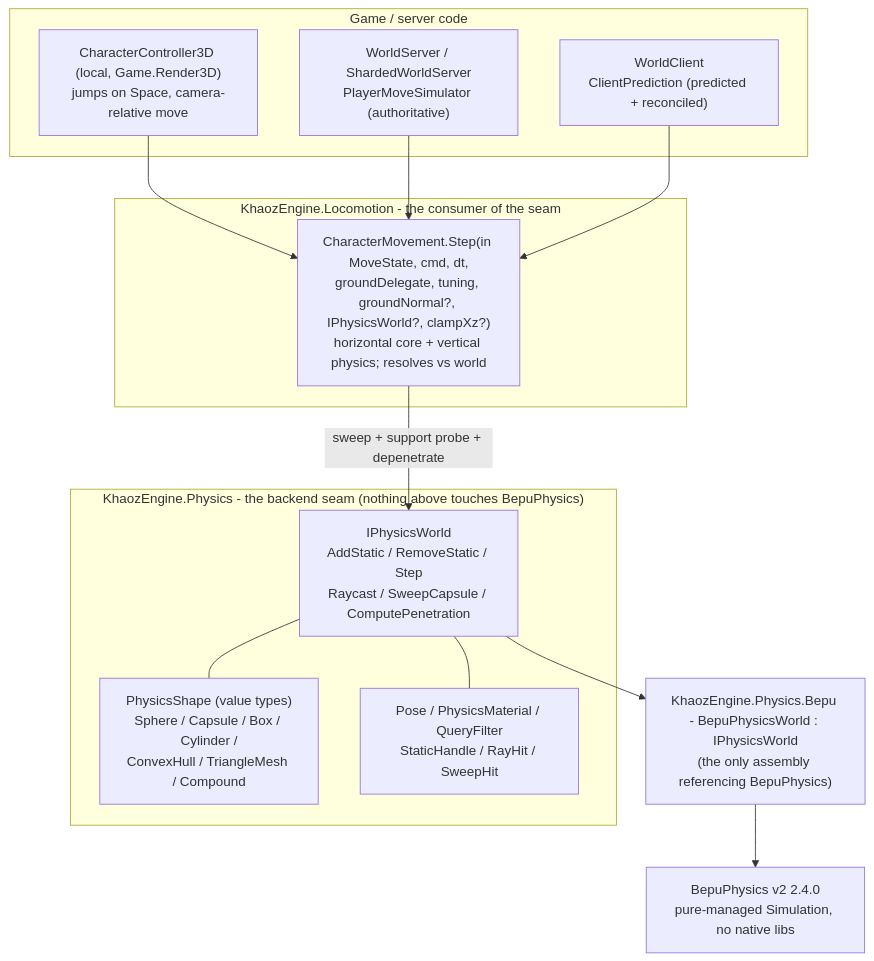
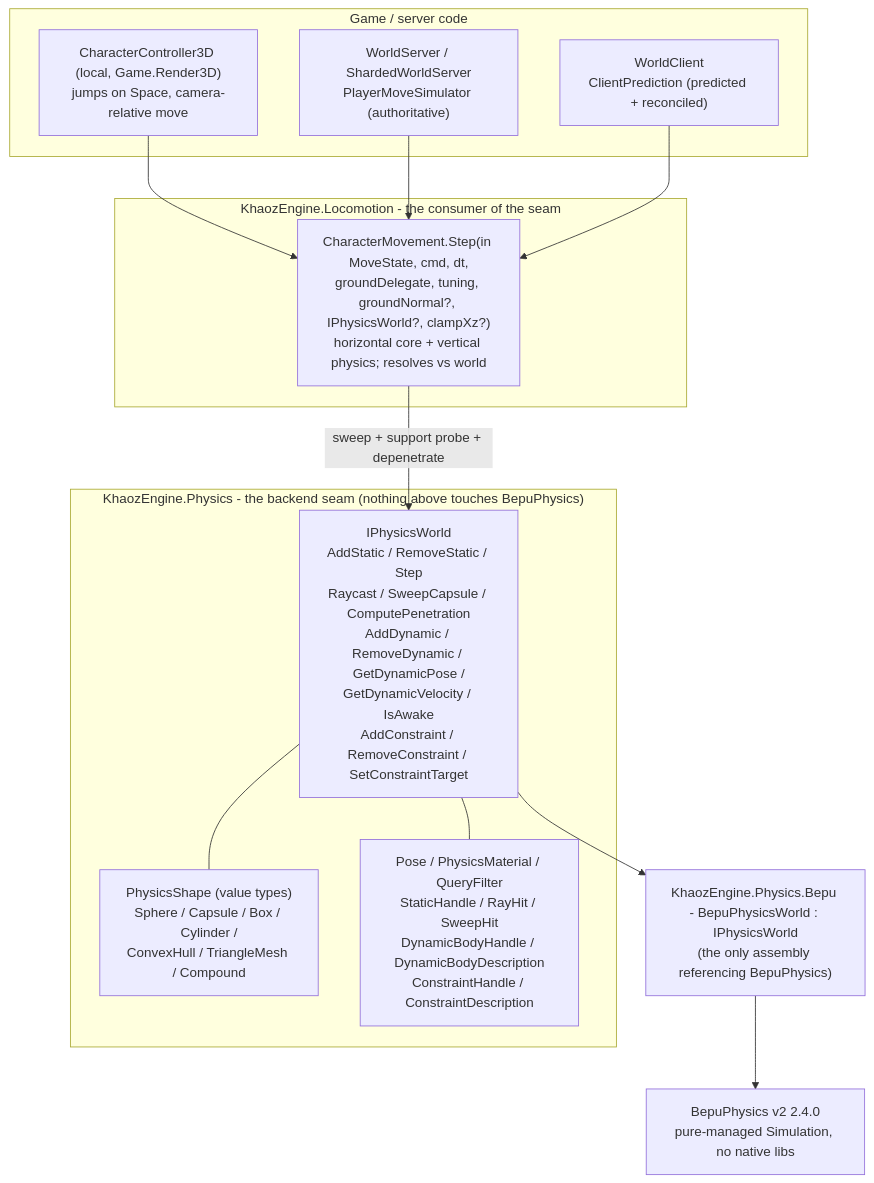
Before and after one commit to APKiwiOrg/KhaozEngine: the first of 4 diagrams in docs/PHYSICS-PIPELINE.md, drawn with Mermaid. The commit also changed other lines of this file and 3 other files, not shown here.

Commit message:
docs(sweep): purge shipped items from roadmap, physics pipeline map to 10.30.0, catalog rows to 10.31.0

````diff
--- a/docs/PHYSICS-PIPELINE.md
+++ b/docs/PHYSICS-PIPELINE.md
@@ -15,31 +15,31 @@
 ```mermaid
 flowchart TD
     subgraph game["Game / server code"]
         CC["CharacterController3D (local, Game.Render3D)<br/>jumps on Space, camera-relative move"]
         SRV["WorldServer / ShardedWorldServer<br/>PlayerMoveSimulator (authoritative)"]
         CLI["WorldClient<br/>ClientPrediction (predicted + reconciled)"]
     end
 
     subgraph loco["KhaozEngine.Locomotion - the consumer of the seam"]
         STEP["CharacterMovement.Step(in MoveState, cmd, dt,<br/>groundDelegate, tuning, groundNormal?, IPhysicsWorld?, clampXz?)<br/>horizontal core + vertical physics; resolves vs world"]
     end
 
     subgraph seam["KhaozEngine.Physics - the backend seam (nothing above touches BepuPhysics)"]
-        IPW["IPhysicsWorld<br/>AddStatic / RemoveStatic / Step<br/>Raycast / SweepCapsule / ComputePenetration"]
+        IPW["IPhysicsWorld<br/>AddStatic / RemoveStatic / Step<br/>Raycast / SweepCapsule / ComputePenetration<br/>AddDynamic / RemoveDynamic / GetDynamicPose /<br/>GetDynamicVelocity / IsAwake<br/>AddConstraint / RemoveConstraint / SetConstraintTarget"]
         SHAPE["PhysicsShape (value types)<br/>Sphere / Capsule / Box / Cylinder /<br/>ConvexHull / TriangleMesh / Compound"]
-        AUX["Pose / PhysicsMaterial / QueryFilter<br/>StaticHandle / RayHit / SweepHit"]
+        AUX["Pose / PhysicsMaterial / QueryFilter<br/>StaticHandle / RayHit / SweepHit<br/>DynamicBodyHandle / DynamicBodyDescription<br/>ConstraintHandle / ConstraintDescription"]
     end
 
     BEPU["KhaozEngine.Physics.Bepu - BepuPhysicsWorld : IPhysicsWorld<br/>(the only assembly referencing BepuPhysics)"]
 
     LIB["BepuPhysics v2 2.4.0<br/>pure-managed Simulation, no native libs"]
 
     CC --> STEP
     SRV --> STEP
     CLI --> STEP
     STEP -->|"sweep + support probe + depenetrate"| IPW
     IPW --- SHAPE
     IPW --- AUX
     IPW --> BEPU
     BEPU --> LIB
 ```
````
